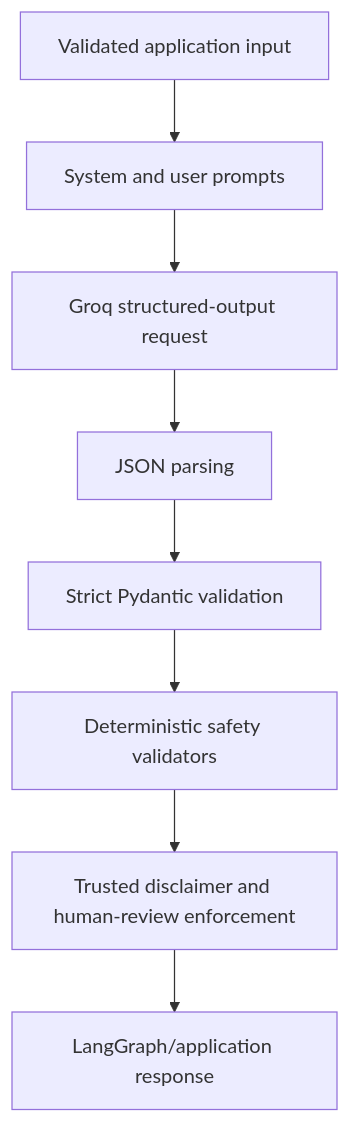
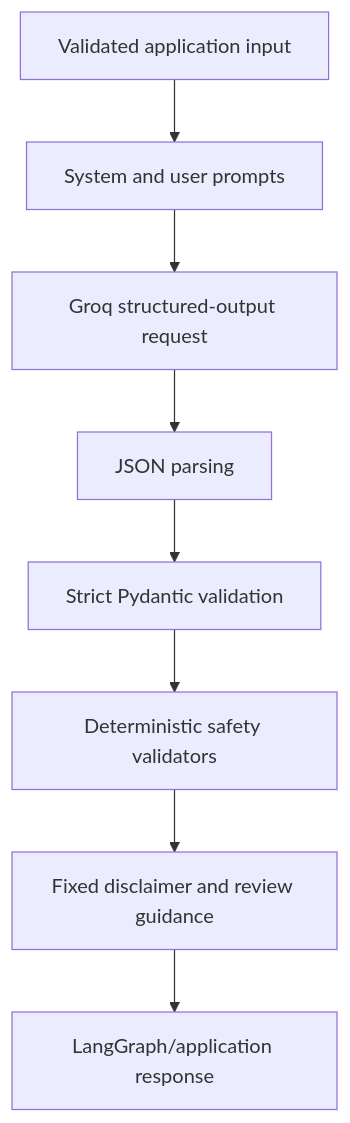
The first of 2 diagrams in docs/llm-integration-and-safety.md (gaganakumarm/ai-pharma-complaint-qms), drawn with Mermaid before and after one commit. The commit also changed other lines of this file and 19 other files, not shown here.

````diff
--- a/docs/llm-integration-and-safety.md
+++ b/docs/llm-integration-and-safety.md
@@ -71,10 +70,10 @@
 ```mermaid
 flowchart TD
     Input["Validated application input"] --> Prompt["System and user prompts"]
     Prompt --> Groq["Groq structured-output request"]
     Groq --> JSON["JSON parsing"]
     JSON --> Schema["Strict Pydantic validation"]
     Schema --> Safety["Deterministic safety validators"]
-    Safety --> Trusted["Trusted disclaimer and human-review enforcement"]
+    Safety --> Trusted["Fixed disclaimer and review guidance"]
     Trusted --> Workflow["LangGraph/application response"]
 ```
````
